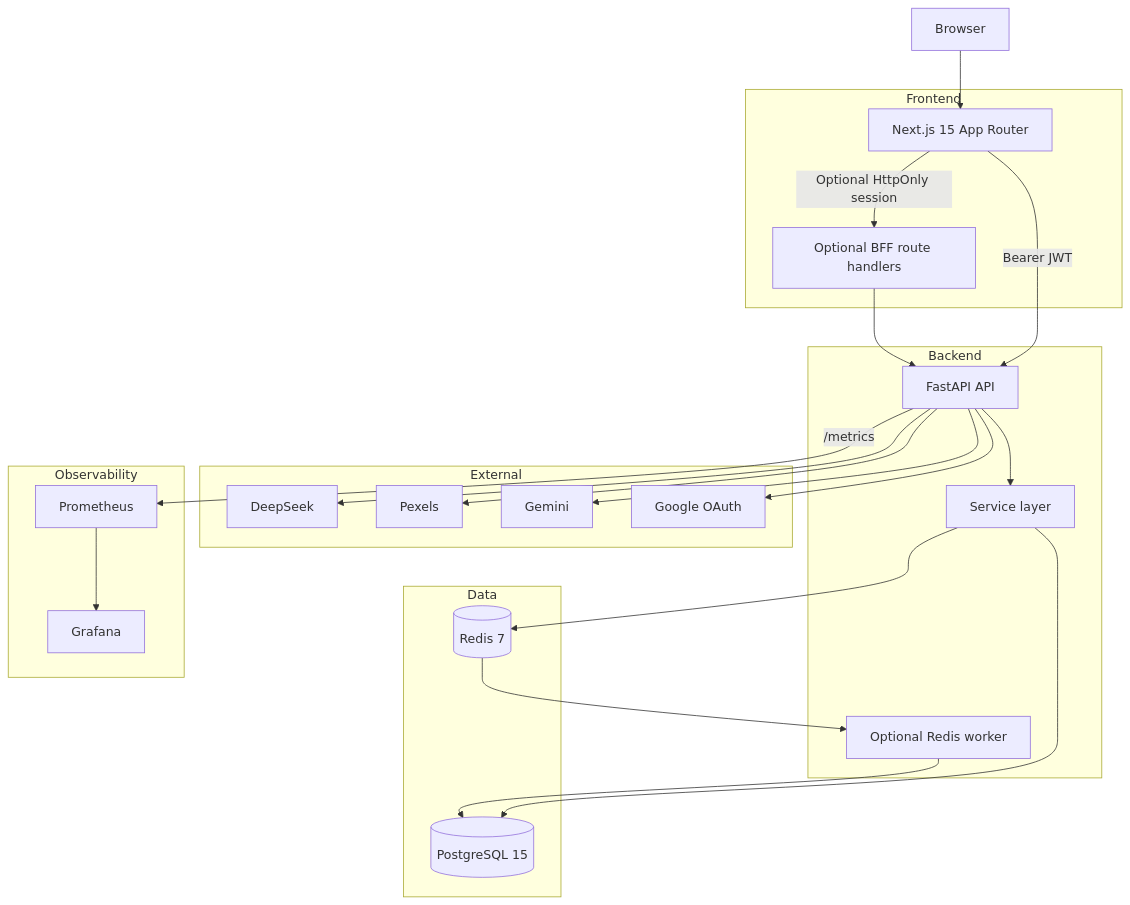
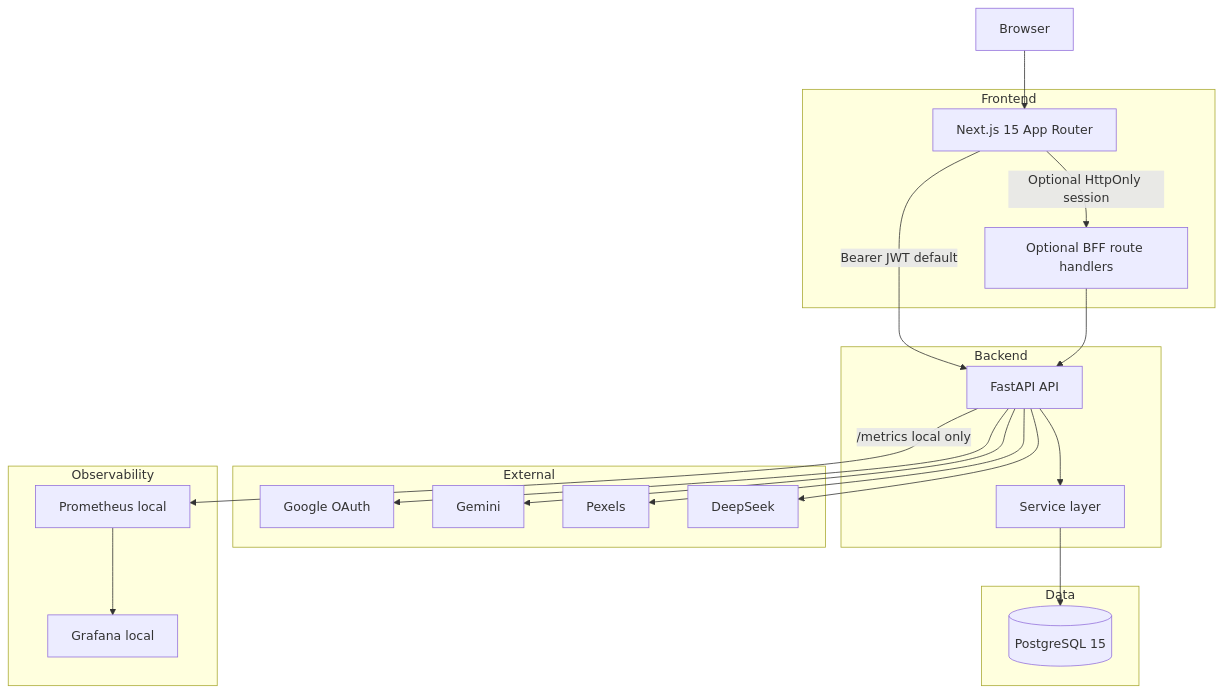
Before and after one commit to tomekmisiun/OnTrack: the second of 3 diagrams in README.md, drawn with Mermaid. The commit also changed other lines of this file and 32 other files, not shown here.

First line of the commit message:
Complete remediation roadmap: docs, worker removal, observability.

````diff
--- a/README.md
+++ b/README.md
@@ -277,51 +276,46 @@
 ```mermaid
 flowchart TB
     Browser[Browser]
 
     subgraph Frontend
         Next[Next.js 15 App Router]
         BFF[Optional BFF route handlers]
     end
 
     subgraph Backend
         API[FastAPI API]
         Services[Service layer]
-        Worker[Optional Redis worker]
     end
 
     subgraph Data
         PostgreSQL[(PostgreSQL 15)]
-        Redis[(Redis 7)]
     end
 
     subgraph External
         Google[Google OAuth]
         Gemini[Gemini]
         Pexels[Pexels]
         DeepSeek[DeepSeek]
     end
 
     subgraph Observability
-        Prometheus[Prometheus]
-        Grafana[Grafana]
+        Prometheus[Prometheus local]
+        Grafana[Grafana local]
     end
 
     Browser --> Next
-    Next -->|Bearer JWT| API
+    Next -->|Bearer JWT default| API
     Next -->|Optional HttpOnly session| BFF
     BFF --> API
 
     API --> Services
     Services --> PostgreSQL
-    Services --> Redis
-    Redis --> Worker
-    Worker --> PostgreSQL
 
     API --> Google
     API --> Gemini
     API --> Pexels
     API --> DeepSeek
 
-    API -->|/metrics| Prometheus
+    API -->|/metrics local only| Prometheus
     Prometheus --> Grafana
 ```
````
